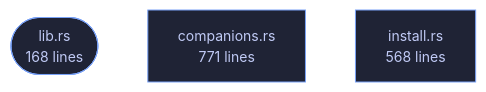
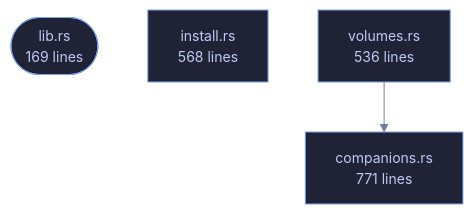
The diagram in wiki/Crate-veilvoice-setup.md (tilas01/veilvoice), drawn with Mermaid before and after one commit. The commit also changed other lines of this file and 24 other files, not shown here.

First line of the commit message:
setup: roadmap item 81, find the encrypted volumes this machine already has

````diff
--- a/wiki/Crate-veilvoice-setup.md
+++ b/wiki/Crate-veilvoice-setup.md
@@ -90,10 +90,13 @@
 ```mermaid
 %%{init: {"theme":"base","themeVariables":{"background":"#1a1b26","primaryColor":"#1f2335","primaryTextColor":"#c0caf5","primaryBorderColor":"#7aa2f7","secondaryColor":"#16161e","tertiaryColor":"#16161e","lineColor":"#737aa2","textColor":"#c0caf5","mainBkg":"#1f2335","nodeBorder":"#7aa2f7","clusterBkg":"#16161e","clusterBorder":"#2f3549","fontFamily":"ui-monospace, SFMono-Regular, Consolas, monospace","fontSize":"14px"}}}%%
 flowchart TD
-    n_lib(["lib.rs<br/>168 lines"])
+    n_lib(["lib.rs<br/>169 lines"])
     n_companions["companions.rs<br/>771 lines"]
     n_install["install.rs<br/>568 lines"]
+    n_volumes["volumes.rs<br/>536 lines"]
+    n_volumes --> n_companions
     click n_lib href "https://github.com/tilas01/veilvoice/blob/main/crates/veilvoice-setup/src/lib.rs" "open the source"
     click n_companions href "https://github.com/tilas01/veilvoice/blob/main/crates/veilvoice-setup/src/companions.rs" "open the source"
     click n_install href "https://github.com/tilas01/veilvoice/blob/main/crates/veilvoice-setup/src/install.rs" "open the source"
+    click n_volumes href "https://github.com/tilas01/veilvoice/blob/main/crates/veilvoice-setup/src/volumes.rs" "open the source"
 ```
````
